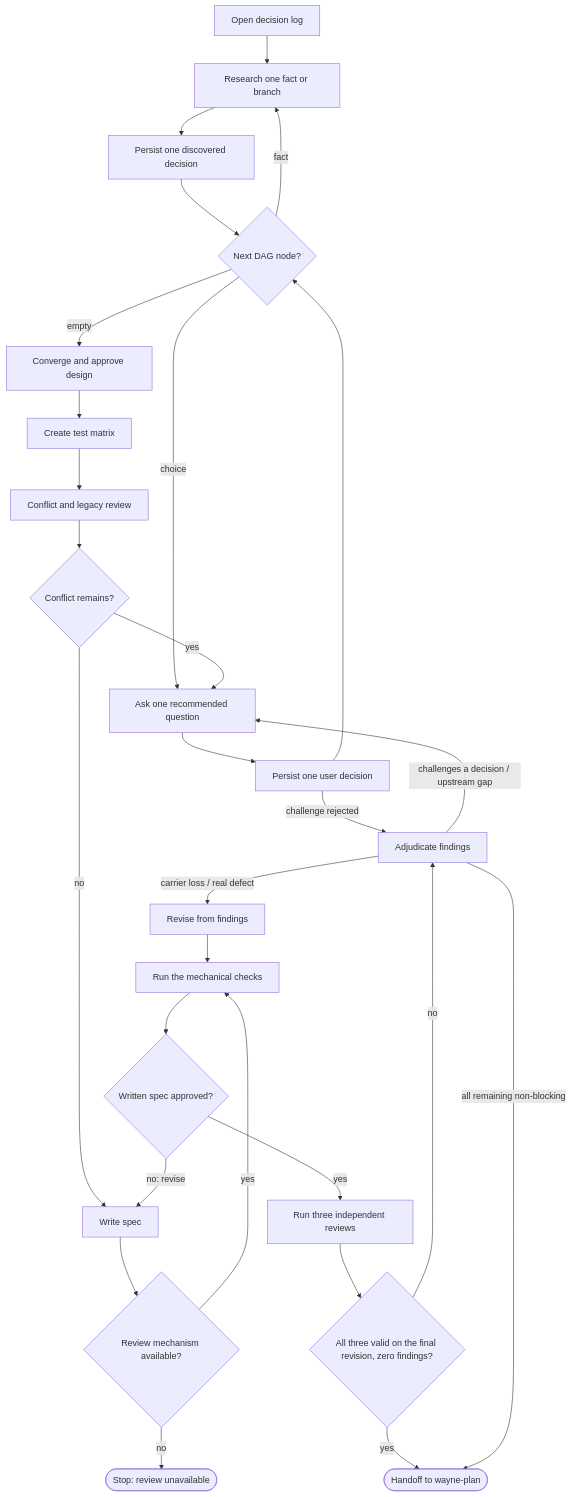
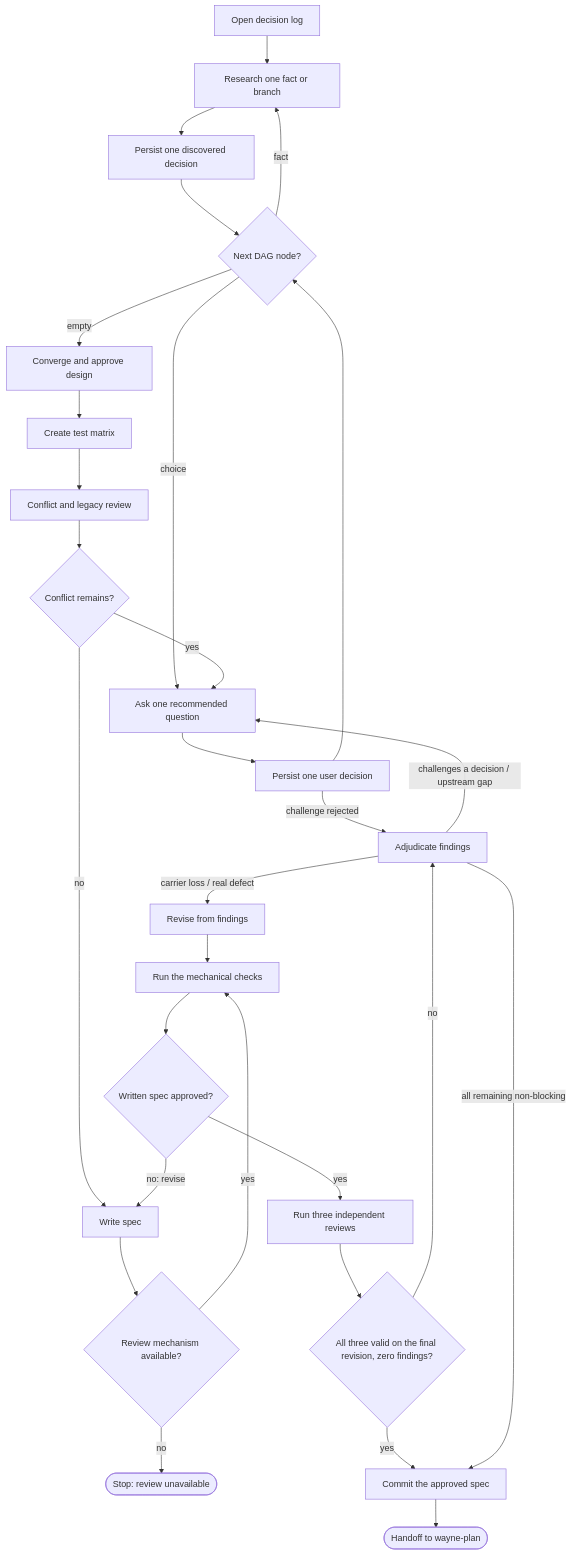
The diagram in wayne-mind-explode/SKILL.md (waynejing995/wayne-taste), drawn with Mermaid before and after one commit. The commit also changed other lines of this file and 176 other files, not shown here.

````diff
--- a/wayne-mind-explode/SKILL.md
+++ b/wayne-mind-explode/SKILL.md
@@ -39,51 +41,53 @@
 ```mermaid
 flowchart TB
     A["Open decision log"]
     B["Research one fact or branch"]
     P["Persist one discovered decision"]
     C{"Next DAG node?"}
     D["Ask one recommended question"]
     Q["Persist one user decision"]
     E["Converge and approve design"]
     F["Create test matrix"]
     G["Conflict and legacy review"]
     H{"Conflict remains?"}
     I["Write spec"]
     M["Run the mechanical checks"]
     V{"Written spec approved?"}
     J["Run three independent reviews"]
     K{"All three valid on the final revision, zero findings?"}
     ADJ["Adjudicate findings"]
     R["Revise from findings"]
     U{"Review mechanism available?"}
     X(["Stop: review unavailable"])
+    CMT["Commit the approved spec"]
     L(["Handoff to wayne-plan"])
 
     A --> B
     B --> P
     P --> C
     C -->|"fact"| B
     C -->|"choice"| D
     D --> Q
     Q --> C
     Q -->|"challenge rejected"| ADJ
     C -->|"empty"| E
     E --> F
     F --> G
     G --> H
     H -->|"yes"| D
     H -->|"no"| I
     I --> U
     U -->|"yes"| M
     M --> V
     U -->|"no"| X
     V -->|"no: revise"| I
     V -->|"yes"| J
     J --> K
-    K -->|"yes"| L
+    K -->|"yes"| CMT
     K -->|"no"| ADJ
     ADJ -->|"carrier loss / real defect"| R
     ADJ -->|"challenges a decision / upstream gap"| D
-    ADJ -->|"all remaining non-blocking"| L
+    ADJ -->|"all remaining non-blocking"| CMT
     R --> M
+    CMT --> L
 ```
````
